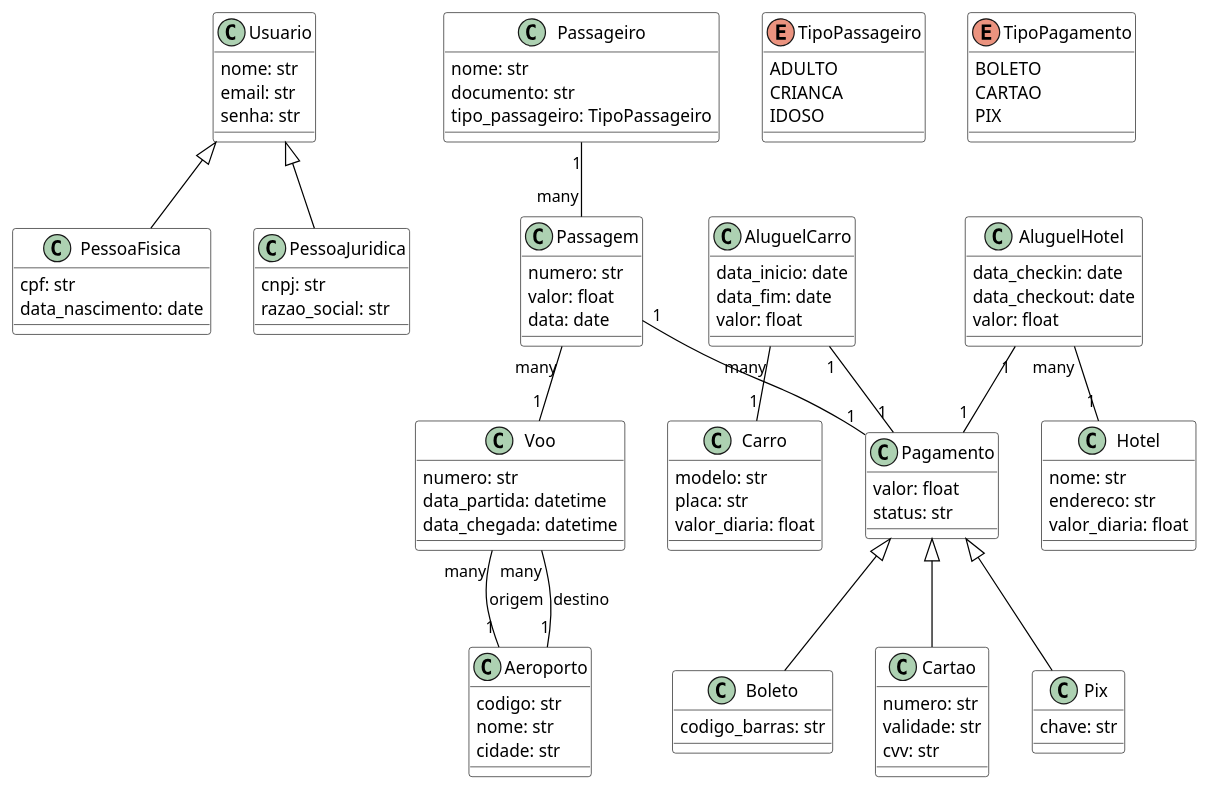
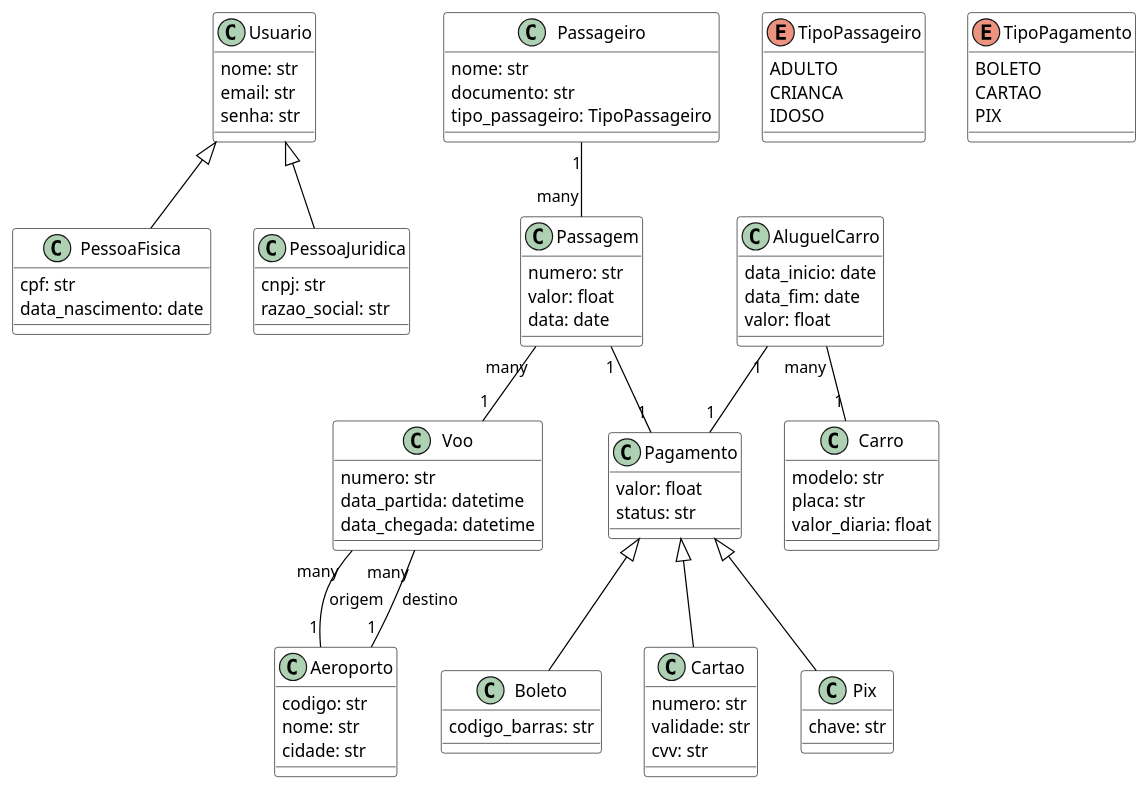
Before and after one commit to FauseSkyWalker/TPPE: the diagram in diagrama.puml, drawn with PlantUML. The commit also changed 6 other files, not shown here.

Commit message:
Docs(Diagramas):Organizando documentação

```diff
--- a/diagrama.puml
+++ b/diagrama.puml
@@ -1,127 +1,112 @@
 @startuml Agencia
 
 ' Definição do estilo
 skinparam class {
     BackgroundColor White
     ArrowColor Black
     BorderColor Black
 }
 
 ' Classes principais
 class Usuario {
     nome: str
     email: str
     senha: str
 }
 
 class PessoaFisica {
     cpf: str
     data_nascimento: date
 }
 
 class PessoaJuridica {
     cnpj: str
     razao_social: str
 }
 
 class Passageiro {
     nome: str
     documento: str
     tipo_passageiro: TipoPassageiro
 }
 
 class Passagem {
     numero: str
     valor: float
     data: date
 }
 
 class Voo {
     numero: str
     data_partida: datetime
     data_chegada: datetime
 }
 
 class Aeroporto {
     codigo: str
     nome: str
     cidade: str
 }
 
 class Pagamento {
     valor: float
     status: str
 }
 
 class AluguelCarro {
     data_inicio: date
     data_fim: date
     valor: float
 }
 
 class Carro {
     modelo: str
     placa: str
     valor_diaria: float
 }
 
-class AluguelHotel {
-    data_checkin: date
-    data_checkout: date
-    valor: float
-}
-
-class Hotel {
-    nome: str
-    endereco: str
-    valor_diaria: float
-}
-
 class Boleto {
     codigo_barras: str
 }
 
 class Cartao {
     numero: str
     validade: str
     cvv: str
 }
 
 class Pix {
     chave: str
 }
 
 ' Enums
 enum TipoPassageiro {
     ADULTO
     CRIANCA
     IDOSO
 }
 
 enum TipoPagamento {
     BOLETO
     CARTAO
     PIX
 }
 
 ' Relacionamentos
 Usuario <|-- PessoaFisica
 Usuario <|-- PessoaJuridica
 
 Passageiro "1" -- "many" Passagem
 Passagem "many" -- "1" Voo
 Voo "many" -- "1" Aeroporto : origem
 Voo "many" -- "1" Aeroporto : destino
 
 Pagamento <|-- Boleto
 Pagamento <|-- Cartao
 Pagamento <|-- Pix
 
 Passagem "1" -- "1" Pagamento
 AluguelCarro "1" -- "1" Pagamento
-AluguelHotel "1" -- "1" Pagamento
-
 AluguelCarro "many" -- "1" Carro
-AluguelHotel "many" -- "1" Hotel
 
 @enduml
```
